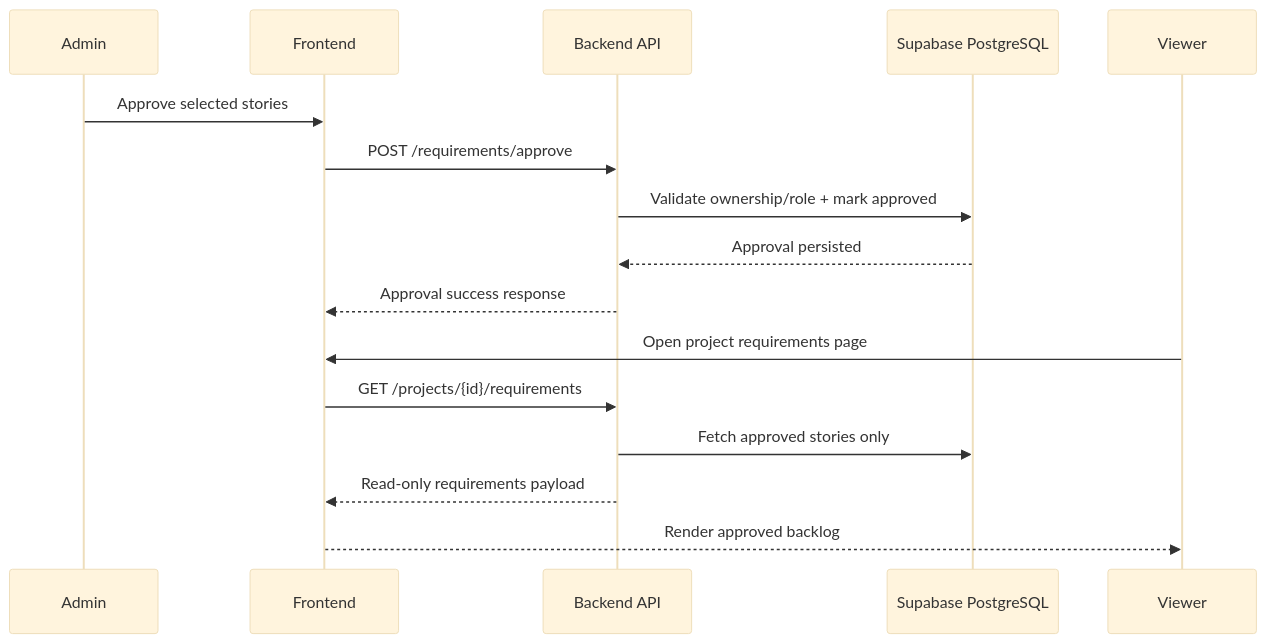
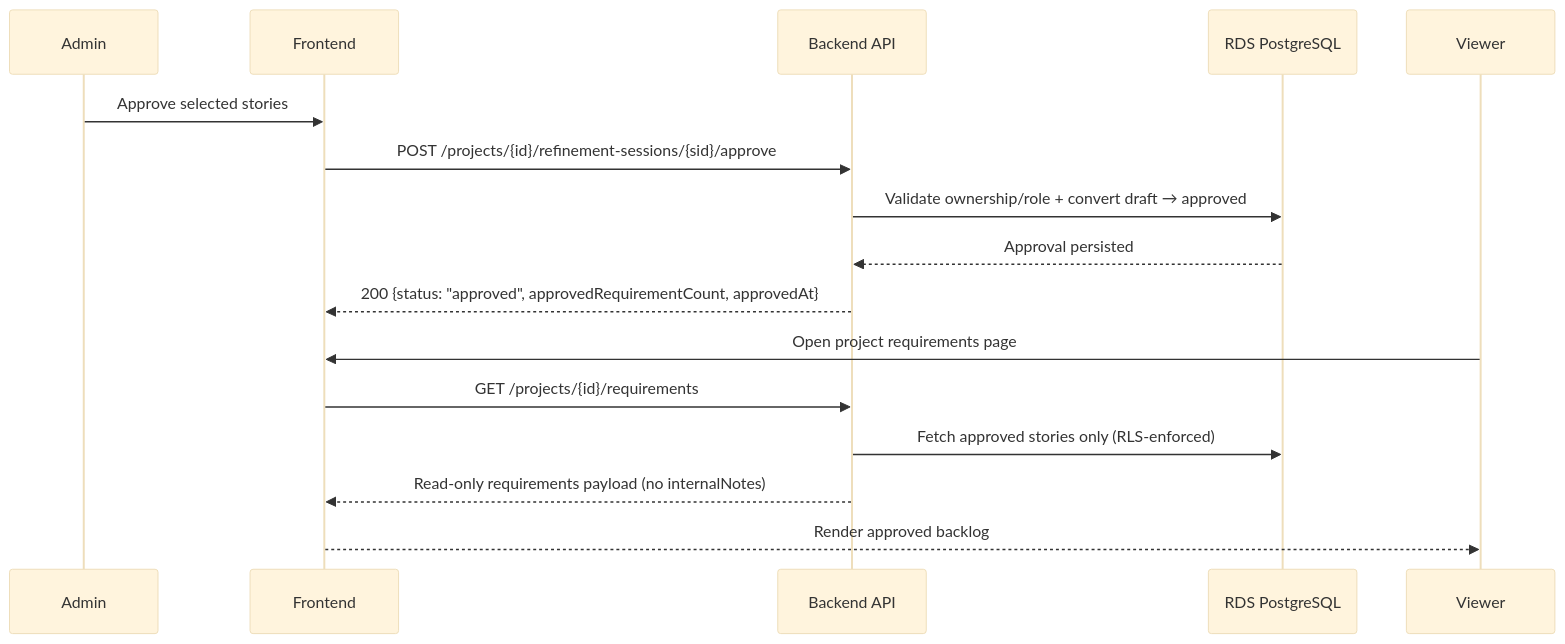
The third of 13 diagrams in docs/03-architecture/diagrams/sequence-diagrams.md (alonsovndev/open-projects-hub-docs), drawn with Mermaid (base theme) before and after one commit. The commit also changed other lines of this file and 1 other file, not shown here.

Commit message:
docs: add mermaid sequence diagrams

````diff
--- a/docs/03-architecture/diagrams/sequence-diagrams.md
+++ b/docs/03-architecture/diagrams/sequence-diagrams.md
@@ -59,19 +74,19 @@
 ```mermaid
 sequenceDiagram
     participant Admin
     participant FE as Frontend
     participant BE as Backend API
-    participant DB as Supabase PostgreSQL
+    participant DB as RDS PostgreSQL
     participant Viewer
 
     Admin->>FE: Approve selected stories
-    FE->>BE: POST /requirements/approve
-    BE->>DB: Validate ownership/role + mark approved
+    FE->>BE: POST /projects/{id}/refinement-sessions/{sid}/approve
+    BE->>DB: Validate ownership/role + convert draft → approved
     DB-->>BE: Approval persisted
-    BE-->>FE: Approval success response
+    BE-->>FE: 200 {status: "approved", approvedRequirementCount, approvedAt}
     Viewer->>FE: Open project requirements page
     FE->>BE: GET /projects/{id}/requirements
-    BE->>DB: Fetch approved stories only
-    BE-->>FE: Read-only requirements payload
+    BE->>DB: Fetch approved stories only (RLS-enforced)
+    BE-->>FE: Read-only requirements payload (no internalNotes)
     FE-->>Viewer: Render approved backlog
 ```
````
